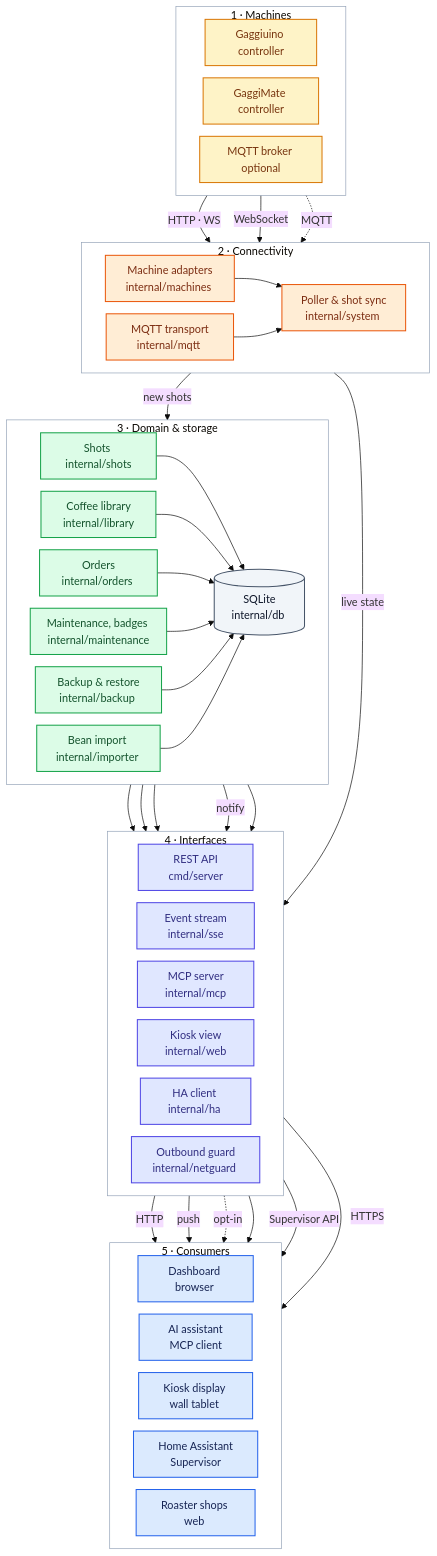
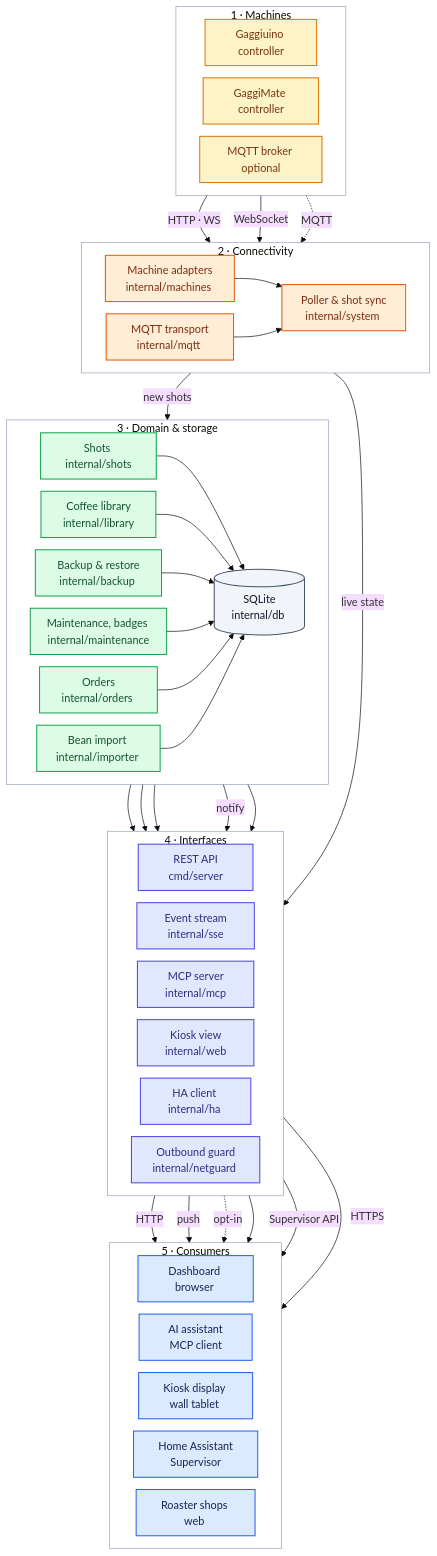
One commit to mxkissnr/gaggiuino-local-profiler changed the second of 2 diagrams in README.md. Above: the diagram before and after it, drawn with Mermaid (base theme). The commit also changed other lines of this file, not shown here.

First line of the commit message:
docs(readme): reorder domain layer in app-internals flowchart

```diff
--- a/README.md
+++ b/README.md
@@ -299,9 +299,9 @@
     direction LR
     SHOTS["&nbsp;&nbsp;&nbsp;&nbsp;&nbsp;&nbsp;&nbsp;&nbsp;Shots&nbsp;&nbsp;&nbsp;&nbsp;&nbsp;&nbsp;&nbsp;&nbsp;&nbsp;<br/>&nbsp;&nbsp;&nbsp;&nbsp;internal/shots&nbsp;&nbsp;&nbsp;&nbsp;"]
     LIB["&nbsp;&nbsp;&nbsp;&nbsp;Coffee library&nbsp;&nbsp;&nbsp;&nbsp;<br/>&nbsp;&nbsp;&nbsp;internal/library&nbsp;&nbsp;&nbsp;"]
+    BK["&nbsp;&nbsp;&nbsp;Backup &amp; restore&nbsp;&nbsp;&nbsp;<br/>&nbsp;&nbsp;&nbsp;internal/backup&nbsp;&nbsp;&nbsp;&nbsp;"]
+    MNT["&nbsp;Maintenance, badges&nbsp;&nbsp;<br/>&nbsp;internal/maintenance&nbsp;"]
     ORD["&nbsp;&nbsp;&nbsp;&nbsp;&nbsp;&nbsp;&nbsp;&nbsp;Orders&nbsp;&nbsp;&nbsp;&nbsp;&nbsp;&nbsp;&nbsp;&nbsp;<br/>&nbsp;&nbsp;&nbsp;internal/orders&nbsp;&nbsp;&nbsp;&nbsp;"]
-    MNT["&nbsp;Maintenance, badges&nbsp;&nbsp;<br/>&nbsp;internal/maintenance&nbsp;"]
-    BK["&nbsp;&nbsp;&nbsp;Backup &amp; restore&nbsp;&nbsp;&nbsp;<br/>&nbsp;&nbsp;&nbsp;internal/backup&nbsp;&nbsp;&nbsp;&nbsp;"]
     IMP["&nbsp;&nbsp;&nbsp;&nbsp;&nbsp;Bean import&nbsp;&nbsp;&nbsp;&nbsp;&nbsp;&nbsp;<br/>&nbsp;&nbsp;internal/importer&nbsp;&nbsp;&nbsp;"]
     DB[("&nbsp;&nbsp;&nbsp;&nbsp;&nbsp;&nbsp;&nbsp;&nbsp;SQLite&nbsp;&nbsp;&nbsp;&nbsp;&nbsp;&nbsp;&nbsp;&nbsp;<br/>&nbsp;&nbsp;&nbsp;&nbsp;&nbsp;internal/db&nbsp;&nbsp;&nbsp;&nbsp;&nbsp;&nbsp;")]
   end
@@ -332,9 +332,9 @@
   POLL -->|"live state"| SSE
   SHOTS --> DB
   LIB --> DB
+  BK --> DB
+  MNT --> DB
   ORD --> DB
-  MNT --> DB
-  BK --> DB
   IMP --> DB
   DB --> API
   DB --> MCP
```
